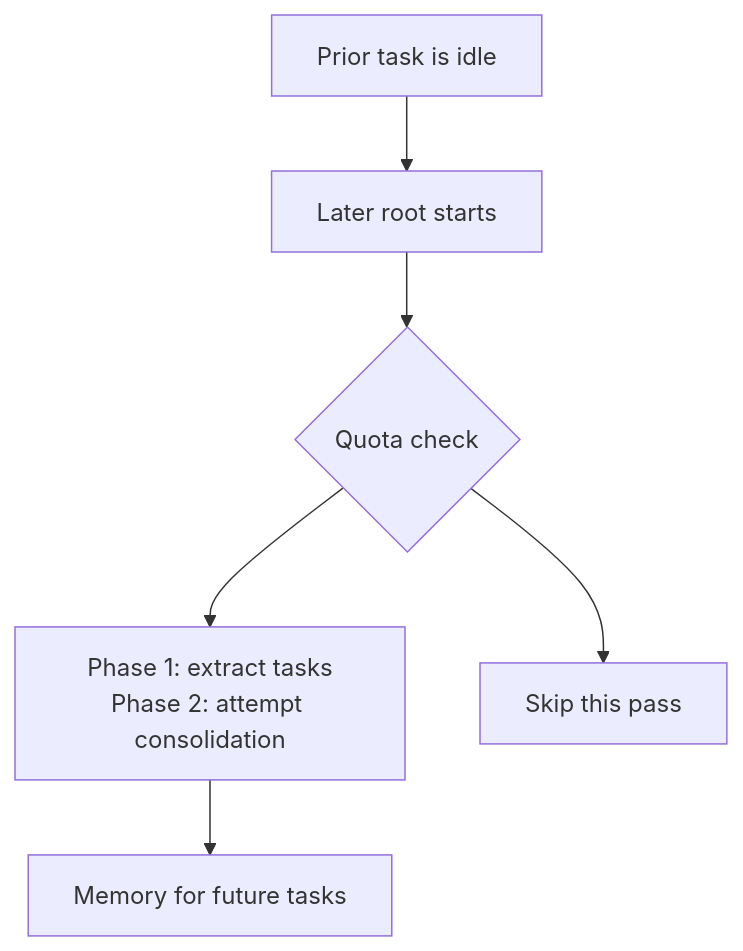
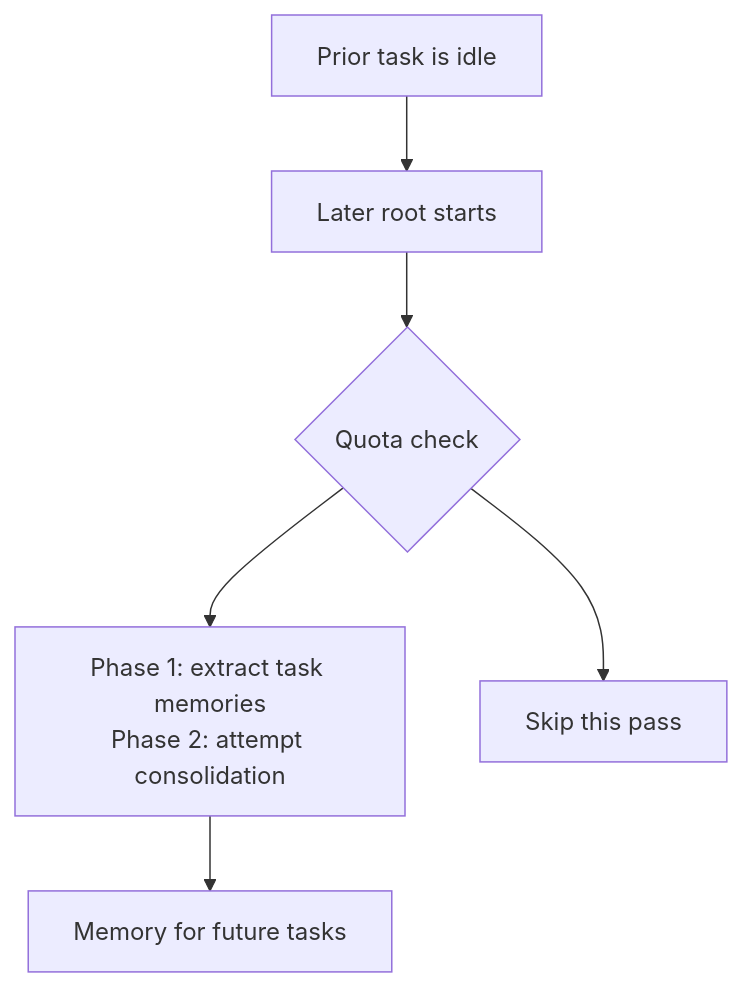
Before and after one commit to exsesx/exsesx.dev: the diagram in src/content/blog/codex-memories/en.mdx, drawn with Mermaid. The commit also changed other lines of this file and 9 other files, not shown here.

````diff
--- a/src/content/blog/codex-memories/en.mdx
+++ b/src/content/blog/codex-memories/en.mdx
@@ -44,10 +30,10 @@
 ```mermaid
 flowchart TD
   accTitle: Codex local memory pipeline
   accDescr: A previous task becomes idle, a later root task starts the background pipeline, and Codex attempts extraction then consolidation for future tasks.
   previous["Prior task is idle"] --> startup["Later root starts"]
   startup --> gate{"Quota check"}
-  gate --> pipeline["Phase 1: extract tasks<br/>Phase 2: attempt consolidation"]
+  gate --> pipeline["Phase 1: extract task memories<br/>Phase 2: attempt consolidation"]
   pipeline --> future["Memory for future tasks"]
   gate --> skip["Skip this pass"]
 ```
````
